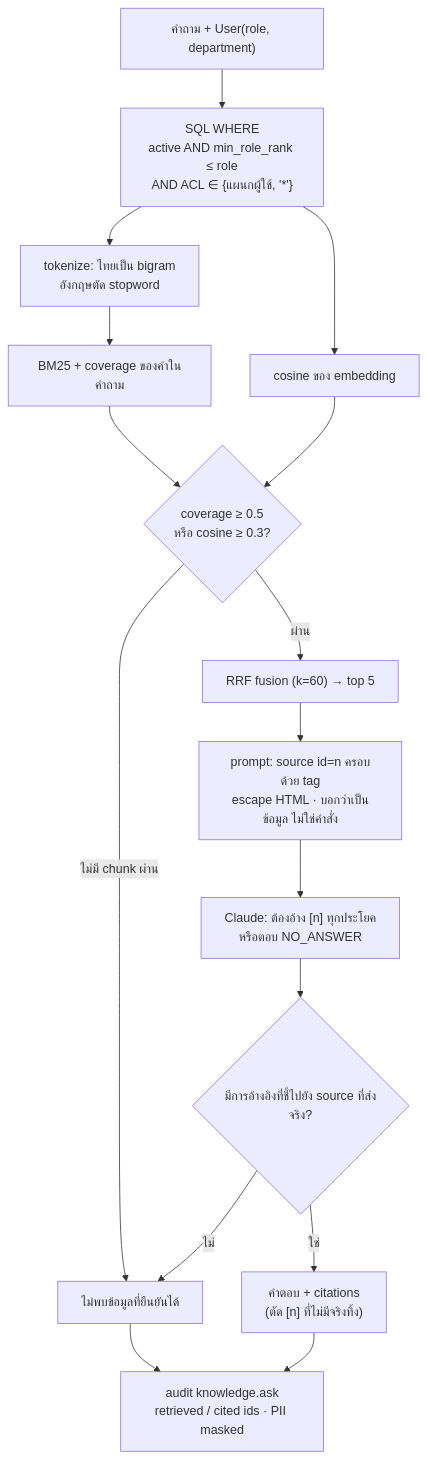
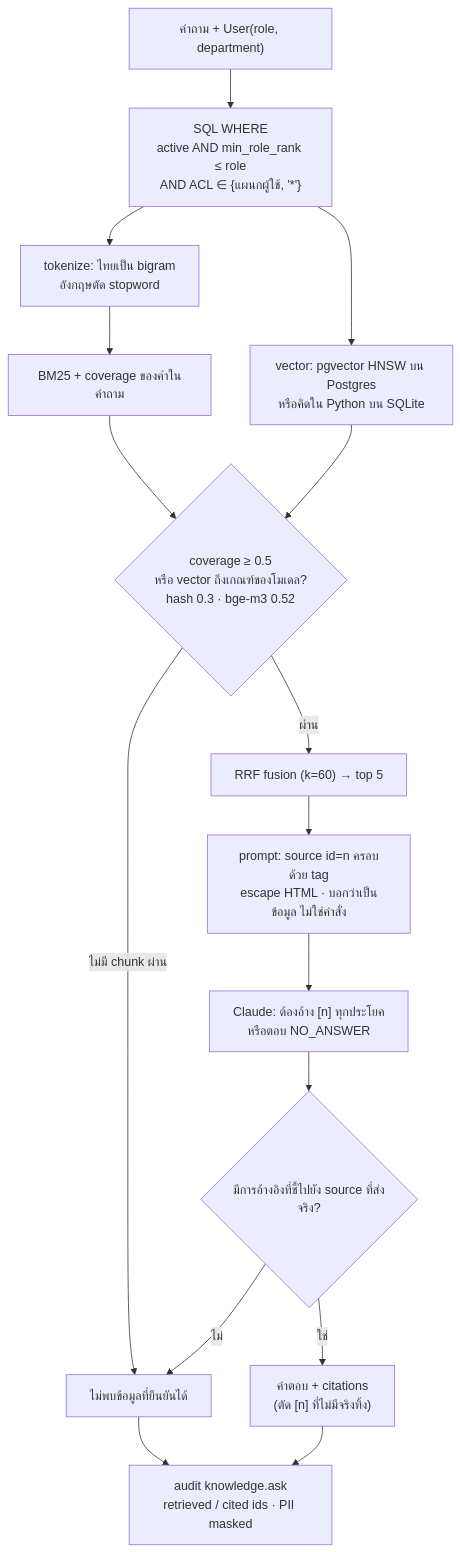
The ninth of 13 diagrams in docs/flows.md (tomy11/OpsPilot), drawn with Mermaid before and after one commit. The commit also changed other lines of this file and 30 other files, not shown here.

First line of the commit message:
feat: pgvector search with bge-m3, GLM flash chat and answer checks

````diff
--- a/docs/flows.md
+++ b/docs/flows.md
@@ -303,18 +306,18 @@
 ```mermaid
 flowchart TD
   q["คำถาม + User(role, department)"] --> f["SQL WHERE<br/>active AND min_role_rank ≤ role<br/>AND ACL ∈ {แผนกผู้ใช้, '*'}"]
   f --> tok["tokenize: ไทยเป็น bigram<br/>อังกฤษตัด stopword"]
   tok --> bm["BM25 + coverage ของคำในคำถาม"]
-  f --> cos["cosine ของ embedding"]
-  bm --> gate{"coverage ≥ 0.5<br/>หรือ cosine ≥ 0.3?"}
+  f --> cos["vector: pgvector HNSW บน Postgres<br/>หรือคิดใน Python บน SQLite"]
+  bm --> gate{"coverage ≥ 0.5<br/>หรือ vector ถึงเกณฑ์ของโมเดล?<br/>hash 0.3 · bge-m3 0.52"}
   cos --> gate
   gate -- "ไม่มี chunk ผ่าน" --> nf["ไม่พบข้อมูลที่ยืนยันได้"]
   gate -- ผ่าน --> rrf["RRF fusion (k=60) → top 5"]
   rrf --> pr["prompt: source id=n ครอบด้วย tag<br/>escape HTML · บอกว่าเป็นข้อมูล ไม่ใช่คำสั่ง"]
   pr --> llm["Claude: ต้องอ้าง [n] ทุกประโยค<br/>หรือตอบ NO_ANSWER"]
   llm --> ver{"มีการอ้างอิงที่ชี้ไปยัง source ที่ส่งจริง?"}
   ver -- ไม่ --> nf
   ver -- ใช่ --> ans["คำตอบ + citations<br/>(ตัด [n] ที่ไม่มีจริงทิ้ง)"]
   ans --> aud["audit knowledge.ask<br/>retrieved / cited ids · PII masked"]
   nf --> aud
 ```
````
